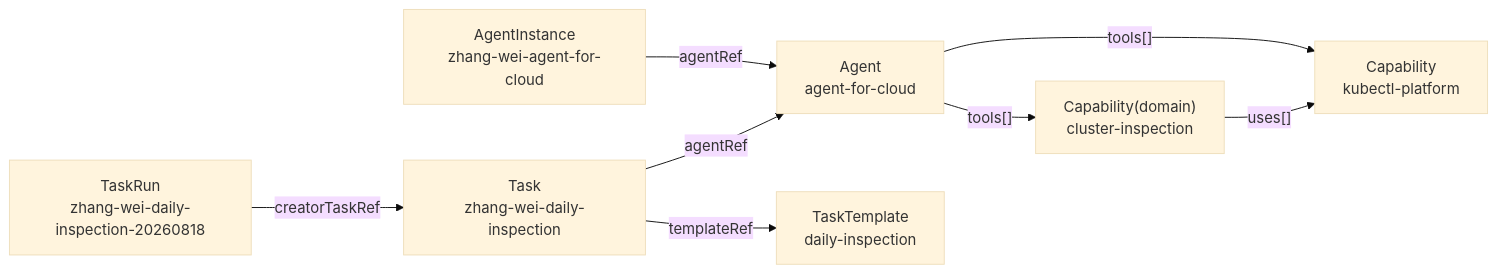
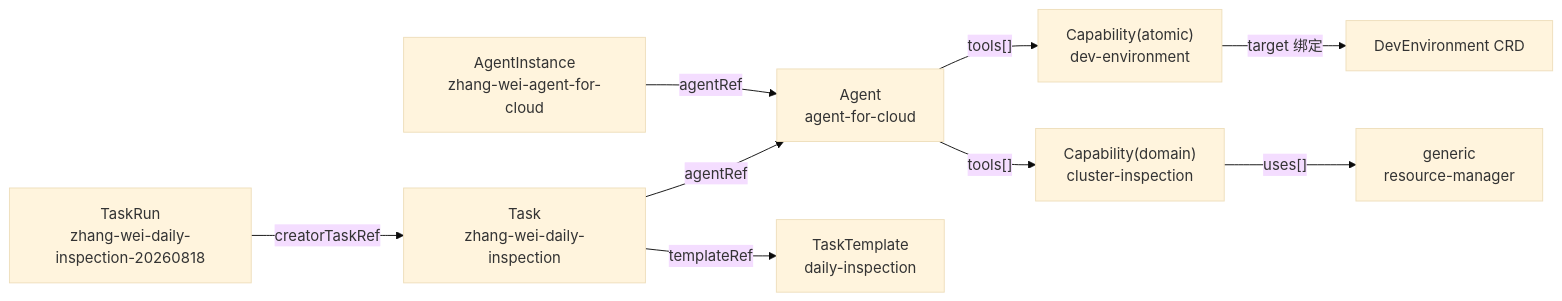
Before and after one commit to suanova/cubepilot: the second of 3 diagrams in docs/cubepilot/CubePilot-Cloud-for-Agents-Design.md, drawn with Mermaid (base theme). The commit also changed other lines of this file, not shown here.

First line of the commit message:
docs(cubepilot): simplify capability model to three layers (generic/atomic-override/domain)

````diff
--- a/docs/cubepilot/CubePilot-Cloud-for-Agents-Design.md
+++ b/docs/cubepilot/CubePilot-Cloud-for-Agents-Design.md
@@ -539,10 +500,11 @@
 ```mermaid
 flowchart LR
-    A["Agent<br/>agent-for-cloud"] -->|"tools[]"| C1["Capability<br/>kubectl-platform"]
+    A["Agent<br/>agent-for-cloud"] -->|"tools[]"| C1["Capability(atomic)<br/>dev-environment"]
     A -->|"tools[]"| S1["Capability(domain)<br/>cluster-inspection"]
-    S1 -->|"uses[]"| C1
+    C1 -->|"target 绑定"| CRD["DevEnvironment CRD"]
+    S1 -->|"uses[]"| G1["generic<br/>resource-manager"]
     I["AgentInstance<br/>zhang-wei-agent-for-cloud"] -->|"agentRef"| A
     TK["Task<br/>zhang-wei-daily-inspection"] -->|"agentRef"| A
     TK -->|"templateRef"| T["TaskTemplate<br/>daily-inspection"]
     R["TaskRun<br/>zhang-wei-daily-inspection-20260818"] -->|"creatorTaskRef"| TK
 ```
````
